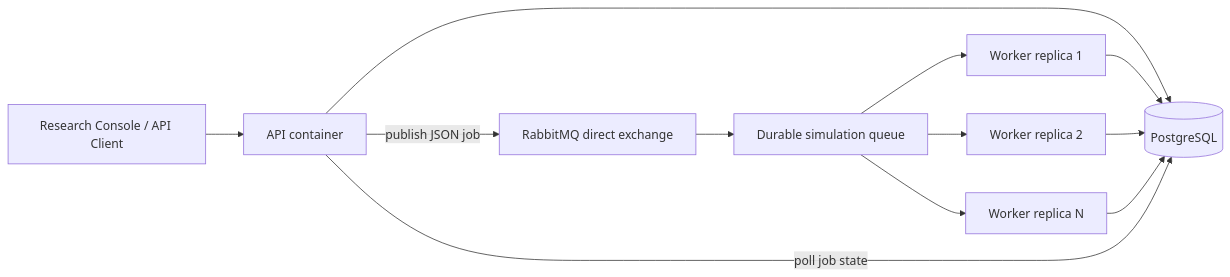
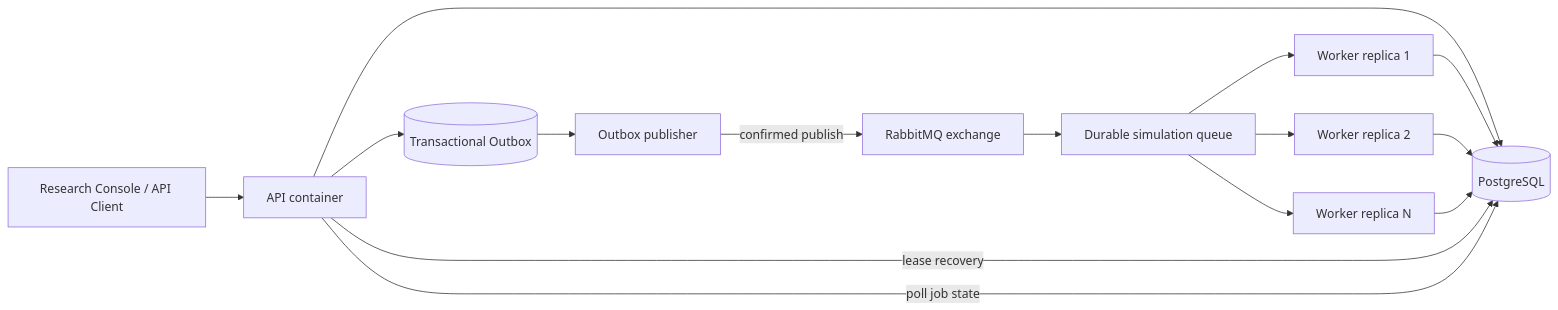
Before and after one commit to iamdatagabs/perfusion_lab: the diagram in docs/ARCHITECTURE.md, drawn with Mermaid. The commit also changed other lines of this file, not shown here.

```diff
--- a/docs/ARCHITECTURE.md
+++ b/docs/ARCHITECTURE.md
@@ -7,14 +7,17 @@
 ~~~mermaid
 flowchart LR
   Client[Research Console / API Client] --> API[API container]
   API --> DB[(PostgreSQL)]
-  API -->|publish JSON job| EX[RabbitMQ direct exchange]
+  API --> O[(Transactional Outbox)]
+  O --> PUB[Outbox publisher]
+  PUB -->|confirmed publish| EX[RabbitMQ exchange]
   EX --> Q[Durable simulation queue]
   Q --> W1[Worker replica 1]
   Q --> W2[Worker replica 2]
   Q --> WN[Worker replica N]
   W1 --> DB
   W2 --> DB
   WN --> DB
+  API -->|lease recovery| DB
   API -->|poll job state| DB
 ~~~
```
